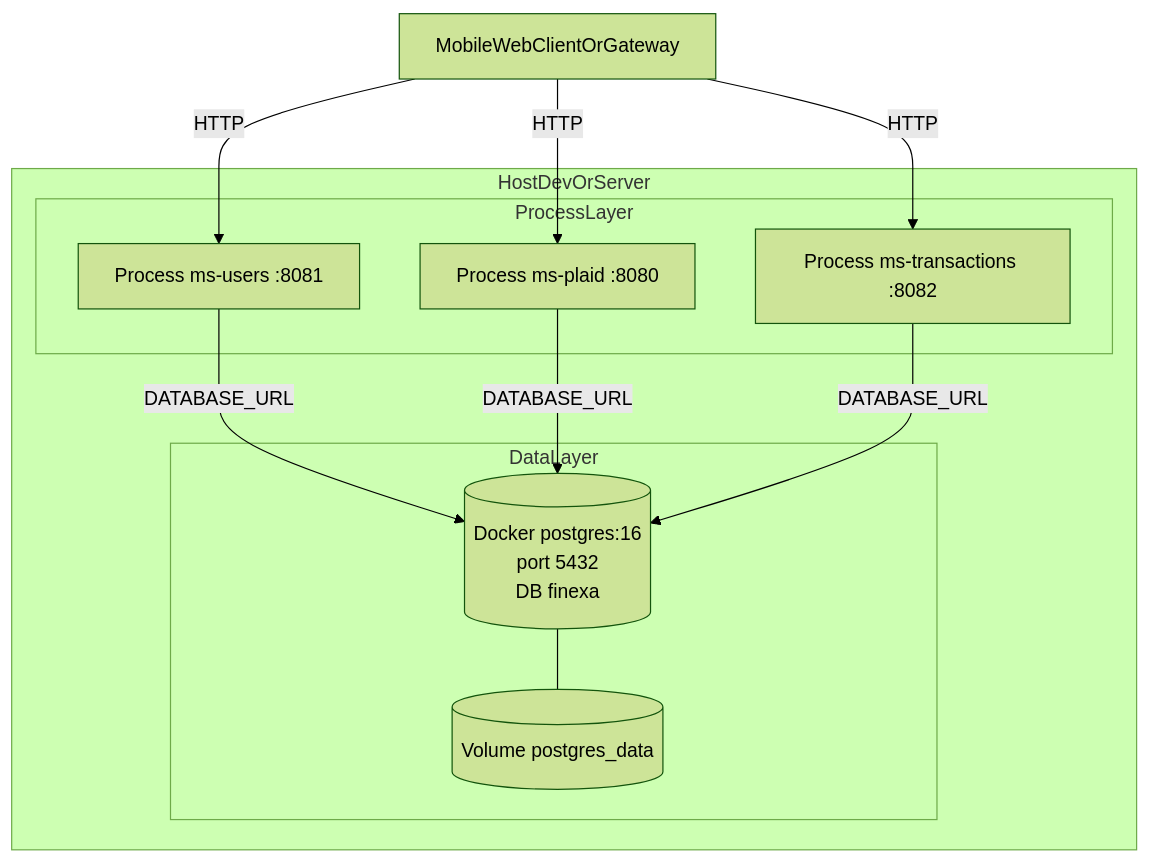
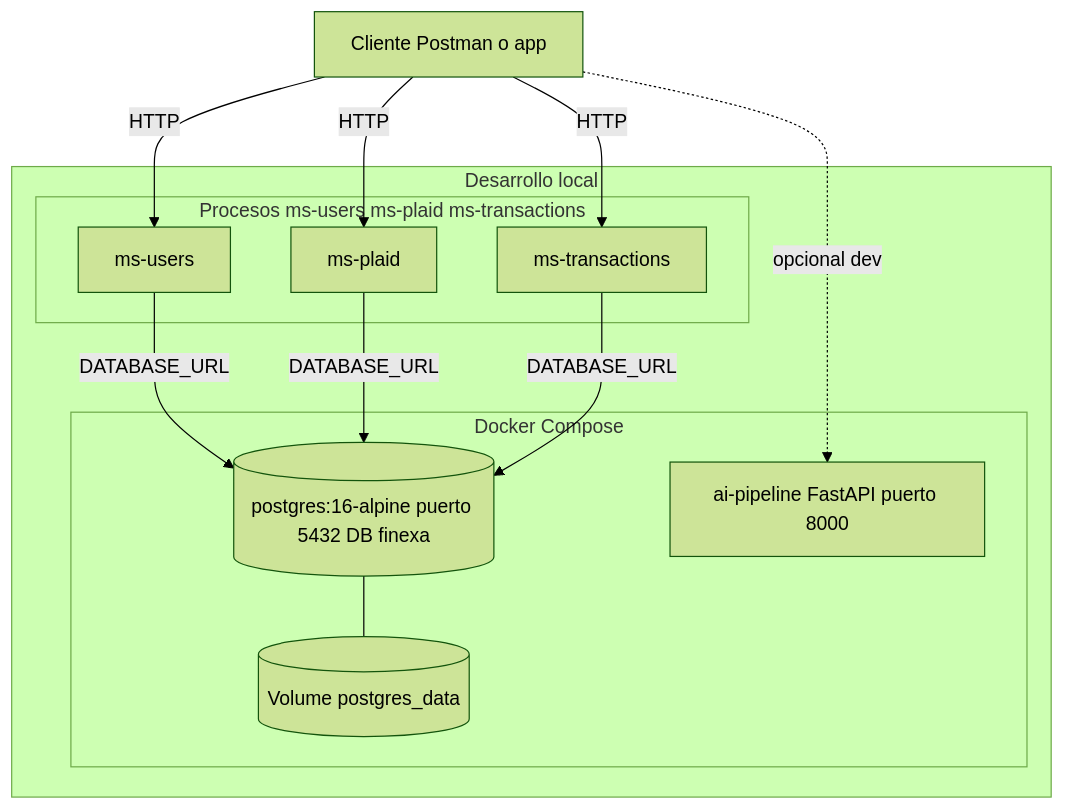
One commit to refactored-team/finexa-ia changed the third of 4 diagrams in README.md. Above: the diagram before and after it, drawn with Mermaid (forest theme). The commit also changed other lines of this file and 1 other file, not shown here.

First line of the commit message:
Update README and infrastructure documentation with new architecture diagrams and deployment details

````diff
--- a/README.md
+++ b/README.md
@@ -101,24 +140,24 @@
 ```mermaid
 flowchart TB
-  subgraph host [HostDevOrServer]
-    subgraph processLayer [ProcessLayer]
-      pUsers[Process ms-users :8081]
-      pPlaid[Process ms-plaid :8080]
-      pTx[Process ms-transactions :8082]
+  subgraph host [Desarrollo local]
+    subgraph compose [Docker Compose]
+      db[(postgres:16-alpine puerto 5432 DB finexa)]
+      vol[(Volume postgres_data)]
+      ai[ai-pipeline FastAPI puerto 8000]
     end
-
-    subgraph dataLayer [DataLayer]
-      db[(Docker postgres:16\nport 5432\nDB finexa)]
-      vol[(Volume postgres_data)]
+    subgraph processLayer [Procesos ms-users ms-plaid ms-transactions]
+      pUsers[ms-users]
+      pPlaid[ms-plaid]
+      pTx[ms-transactions]
     end
-
+    db --- vol
     pUsers -->|DATABASE_URL| db
     pPlaid -->|DATABASE_URL| db
     pTx -->|DATABASE_URL| db
-    db --- vol
   end
 
-  extClient[MobileWebClientOrGateway] -->|HTTP| pUsers
+  extClient[Cliente Postman o app] -->|HTTP| pUsers
   extClient -->|HTTP| pPlaid
   extClient -->|HTTP| pTx
+  extClient -.->|opcional dev| ai
 ```
````
